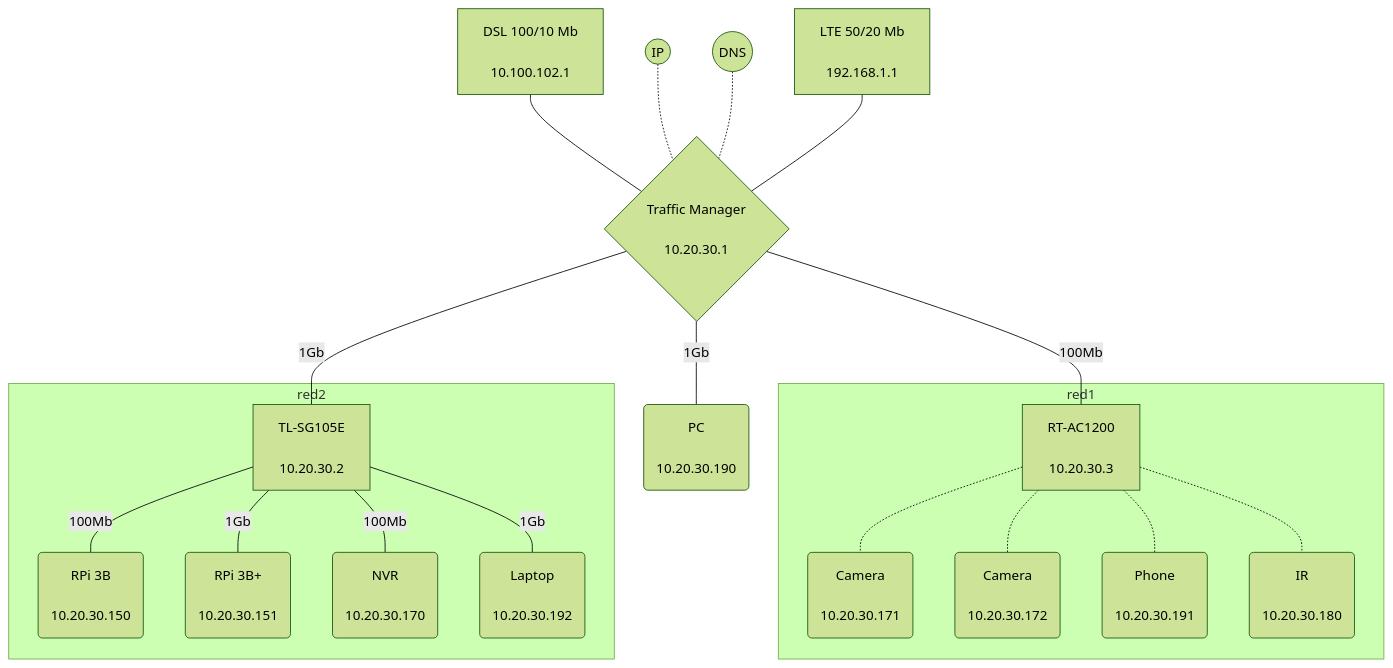
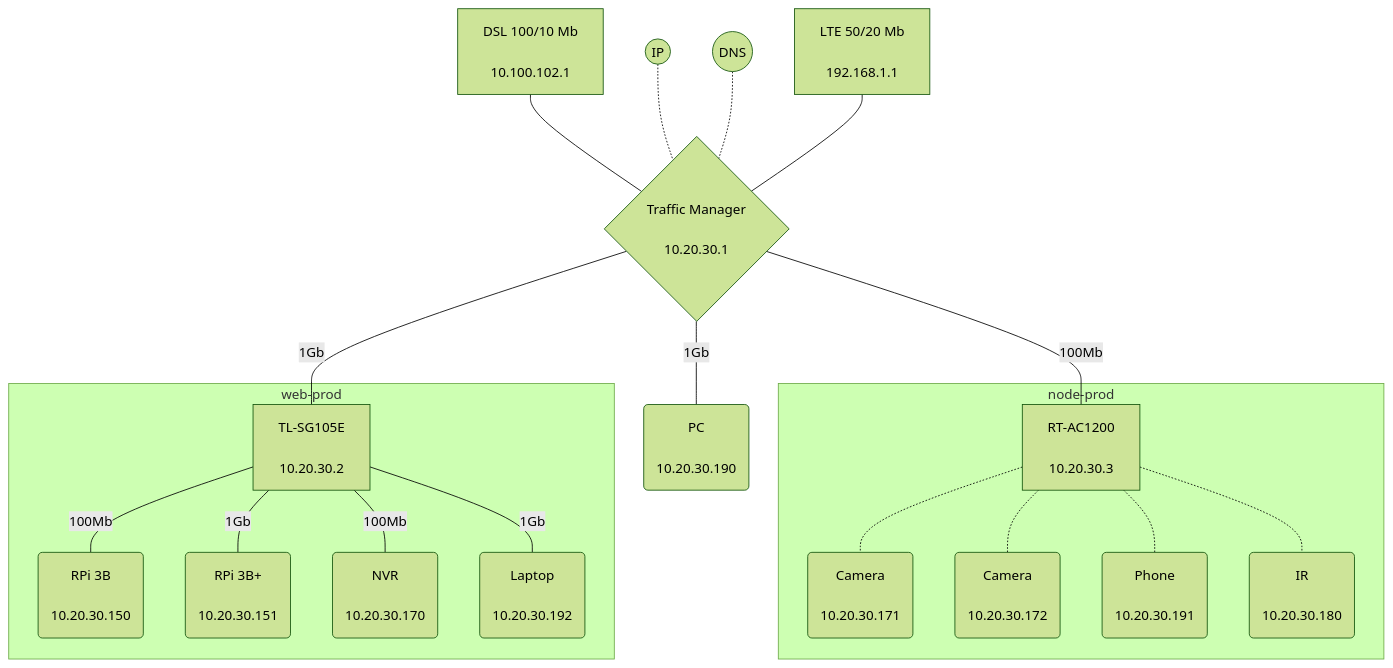
Before and after one commit to EproductiveReleases/whatsup: the diagram in README.md, drawn with Mermaid (forest theme).

````diff
--- a/README.md
+++ b/README.md
@@ -3,23 +3,23 @@
 ```mermaid
 graph TD
  linkStyle default interpolate basis
  wan1[<center>DSL 100/10 Mb<br><br>10.100.102.1</center>]---router{<center>Traffic Manager<br><br>10.20.30.1</center>}
  ip((<center><br>IP<br><br></center>))-.-router
  dns((<center><br>DNS<br><br></center>))-.-router
  wan2[<center>LTE 50/20 Mb<br><br>192.168.1.1</center>]---router
  router---|100Mb|ap[<center>RT-AC1200<br><br>10.20.30.3</center>]
  router---|1Gb|pc(<center>PC<br><br>10.20.30.190</center>)
  router---|1Gb|switch[<center>TL-SG105E<br><br>10.20.30.2</center>]
- subgraph red1
+ subgraph node-prod
  ap-.-cam1(<center>Camera<br><br>10.20.30.171</center>)
  ap-.-cam2(<center>Camera<br><br>10.20.30.172</center>)
  ap-.-phone(<center>Phone<br><br>10.20.30.191</center>)
  ap-.-ir(<center>IR<br><br>10.20.30.180</center>)
  end
- subgraph red2
+ subgraph web-prod
  switch---|100Mb|pi1(<center>RPi 3B<br><br>10.20.30.150</center>)
  switch---|1Gb|pi2(<center>RPi 3B+<br><br>10.20.30.151</center>)
  switch---|100Mb|nvr(<center>NVR<br><br>10.20.30.170</center>)
  switch---|1Gb|laptop(<center>Laptop<br><br>10.20.30.192</center>)
  end
 ```
````
